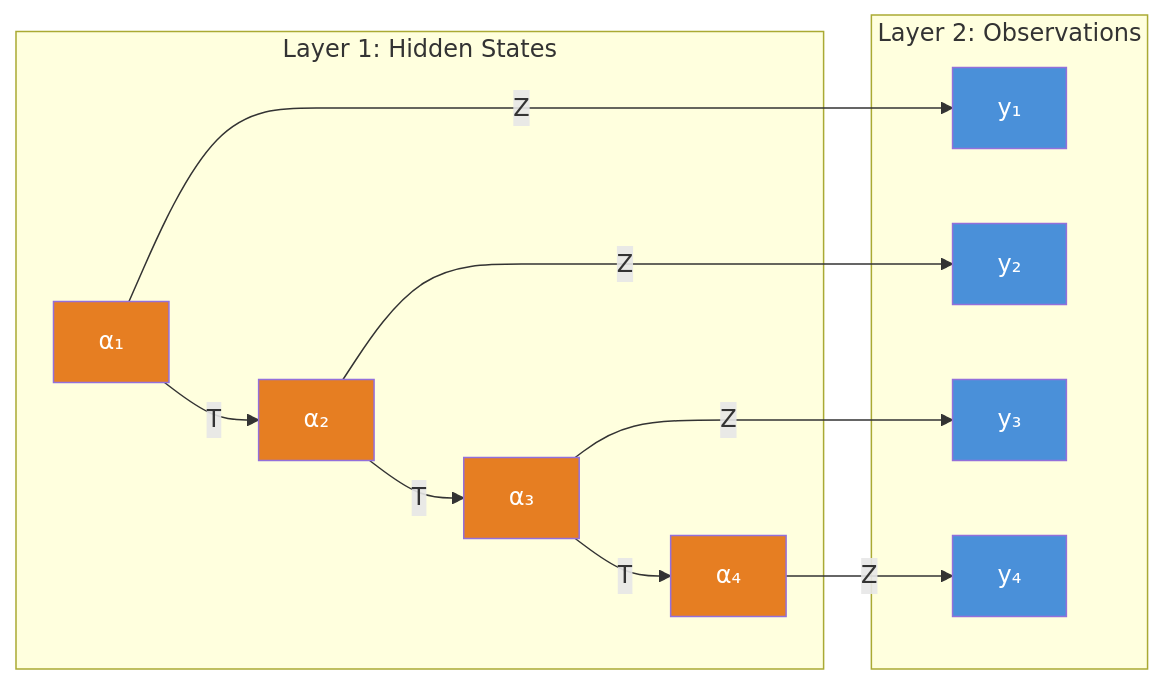
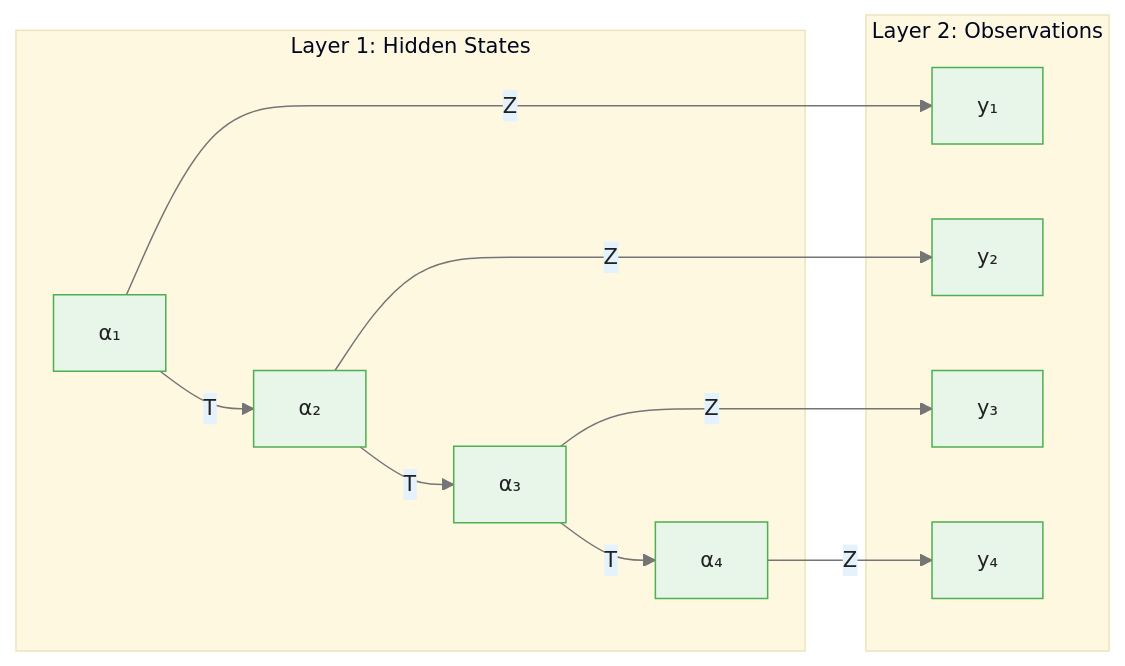
Before and after one commit to m-deane/course-creator: the first of 3 diagrams in courses/bayesian-commodity-forecasting/modules/module_03_state_space/guides/01_state_space_fundamentals_slides.md, drawn with Mermaid. The commit also changed other lines of this file and 104 other files, not shown here.

````diff
--- a/courses/bayesian-commodity-forecasting/modules/module_03_state_space/guides/01_state_space_fundamentals_slides.md
+++ b/courses/bayesian-commodity-forecasting/modules/module_03_state_space/guides/01_state_space_fundamentals_slides.md
@@ -57,24 +69,17 @@
 ```mermaid
+%%{init: {"theme": "base", "themeVariables": {"primaryColor": "#e8f5e9", "primaryBorderColor": "#4caf50", "primaryTextColor": "#212121", "secondaryColor": "#e3f2fd", "tertiaryColor": "#fff8e1", "lineColor": "#757575", "fontFamily": "Inter, sans-serif", "fontSize": "14px"}}}%%
 flowchart LR
     subgraph Hidden["Layer 1: Hidden States"]
         A1["α₁"] -->|"T"| A2["α₂"] -->|"T"| A3["α₃"] -->|"T"| A4["α₄"]
     end
     subgraph Observed["Layer 2: Observations"]
         Y1["y₁"]
         Y2["y₂"]
         Y3["y₃"]
         Y4["y₄"]
     end
     A1 -->|"Z"| Y1
     A2 -->|"Z"| Y2
     A3 -->|"Z"| Y3
     A4 -->|"Z"| Y4
-    style A1 fill:#e67e22,color:#fff
-    style A2 fill:#e67e22,color:#fff
-    style A3 fill:#e67e22,color:#fff
-    style A4 fill:#e67e22,color:#fff
-    style Y1 fill:#4a90d9,color:#fff
-    style Y2 fill:#4a90d9,color:#fff
-    style Y3 fill:#4a90d9,color:#fff
-    style Y4 fill:#4a90d9,color:#fff
 ```
````
